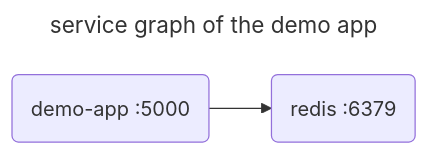
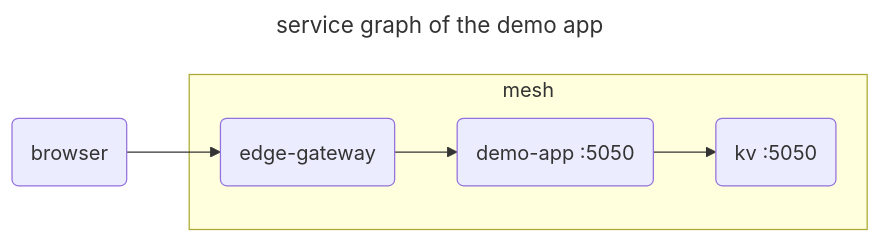
Before and after one commit to kumahq/kuma-website: the diagram in app/_src/quickstart/docker-demo.md, drawn with Mermaid. The commit also changed other lines of this file, not shown here.

Commit message:
modify docker-demo to use kuma-counter-demo v2

```diff
--- a/app/_src/quickstart/docker-demo.md
+++ b/app/_src/quickstart/docker-demo.md
@@ -42,9 +44,16 @@
 {% mermaid %}
 ---
 title: service graph of the demo app
 ---
 flowchart LR
-demo-app(demo-app :5000)
-redis(redis :6379)
-demo-app --> redis
+browser(browser)
+
+subgraph mesh
+edge-gateway(edge-gateway)
+demo-app(demo-app :5050)
+kv(kv :5050)
+end
+edge-gateway --> demo-app
+demo-app --> kv
+browser --> edge-gateway
 {% endmermaid %}
```
